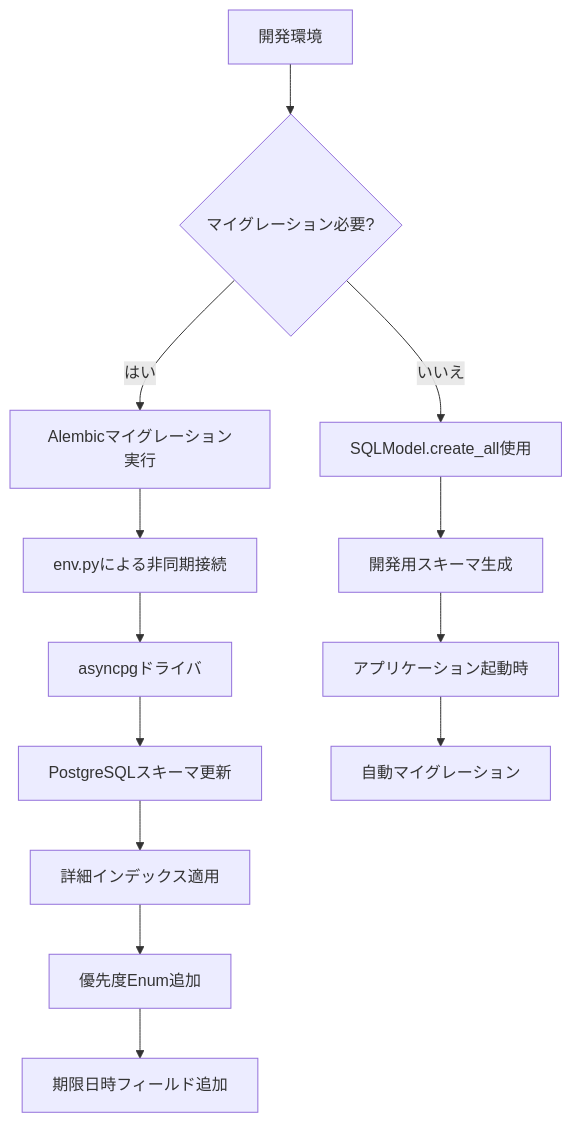
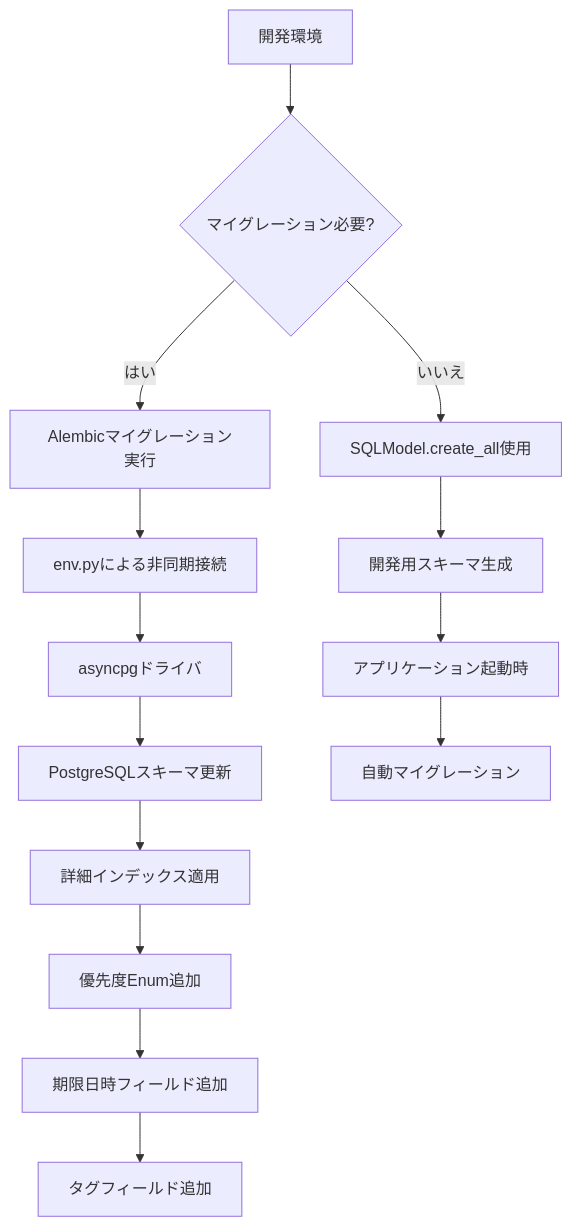
Before and after one commit to ss8806/Todos: the eighth of 8 diagrams in .qoder/repowiki/ja/content/アーキテクチャ/データベースアーキテクチャ.md, drawn with Mermaid. The commit also changed other lines of this file and 17 other files, not shown here.

````diff
--- a/.qoder/repowiki/ja/content/アーキテクチャ/データベースアーキテクチャ.md
+++ b/.qoder/repowiki/ja/content/アーキテクチャ/データベースアーキテクチャ.md
@@ -372,15 +376,16 @@
 ```mermaid
 flowchart TD
 A[開発環境] --> B{マイグレーション必要?}
 B --> |はい| C[Alembicマイグレーション実行]
 B --> |いいえ| D[SQLModel.create_all使用]
 C --> E[env.pyによる非同期接続]
 E --> F[asyncpgドライバ]
 F --> G[PostgreSQLスキーマ更新]
 G --> H[詳細インデックス適用]
 H --> I[優先度Enum追加]
 I --> J[期限日時フィールド追加]
-D --> K[開発用スキーマ生成]
-K --> L[アプリケーション起動時]
-L --> M[自動マイグレーション]
+J --> K[タグフィールド追加]
+D --> L[開発用スキーマ生成]
+L --> M[アプリケーション起動時]
+M --> N[自動マイグレーション]
 ```
````
